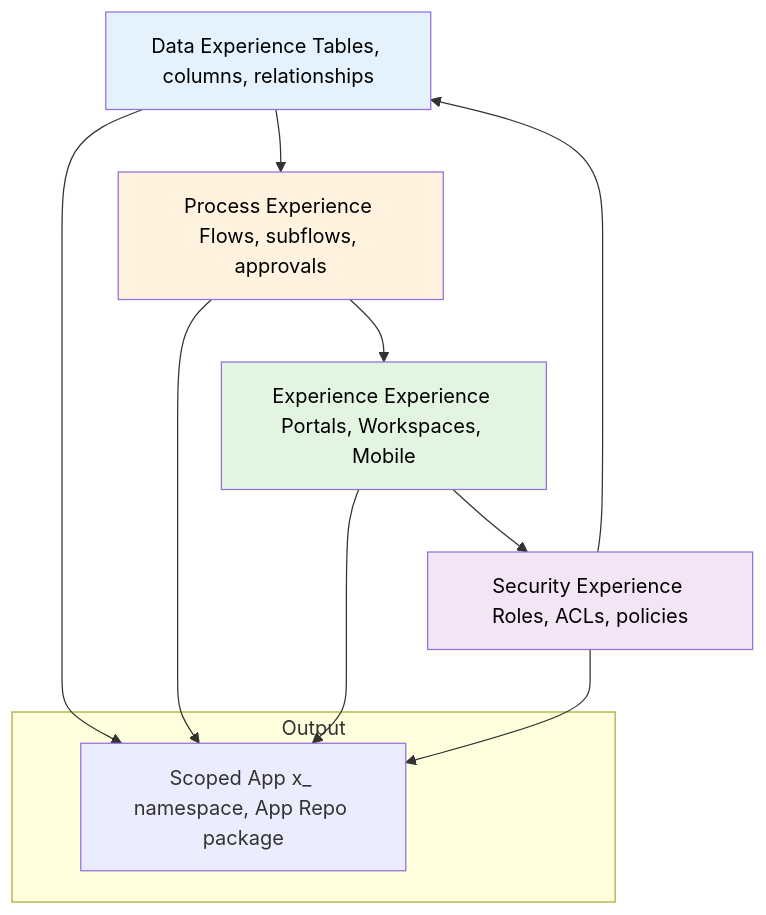
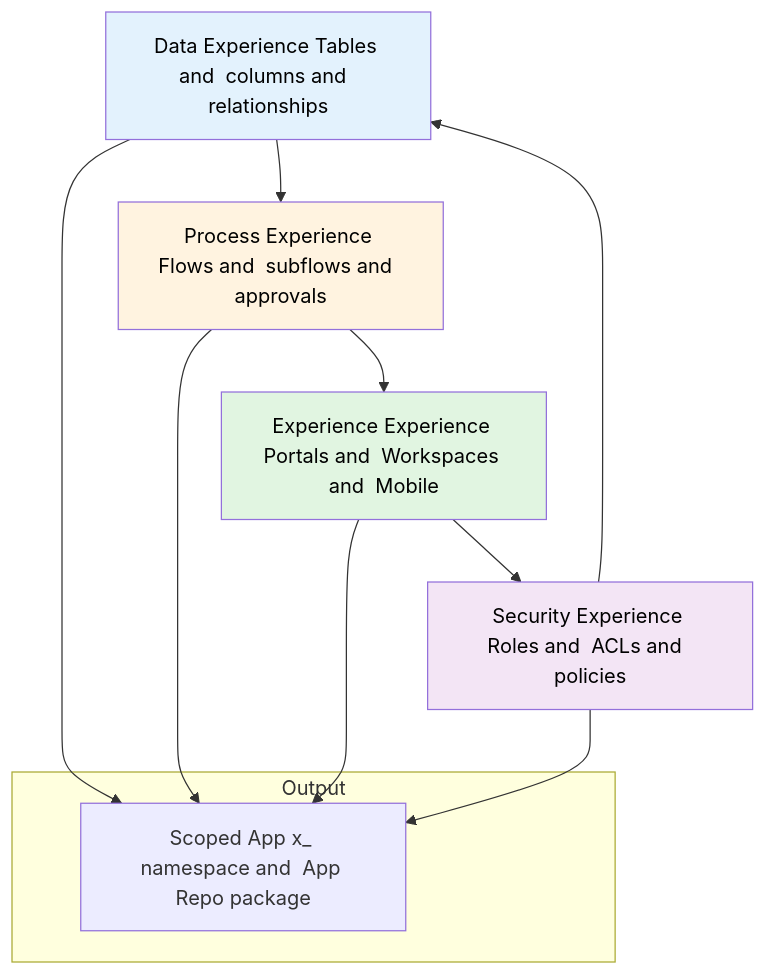
Before and after one commit to eltonaguiar/ServiceNow_Learning_TSOM-_CSM_FSM_SalesCRM_HAM_ITSM: the first of 5 diagrams in docs/modules/app-engine/app-engine-guide.md, drawn with Mermaid. The commit also changed other lines of this file and 19 other files, not shown here.

Commit message:
Fix all Mermaid diagram special characters - replace dollar, parens, slashes, quotes, pipes, nested brackets and other unsafe chars inside brackets with safe alternatives across 19 files

````diff
--- a/docs/modules/app-engine/app-engine-guide.md
+++ b/docs/modules/app-engine/app-engine-guide.md
@@ -217,21 +217,21 @@
 ```mermaid
 graph TD
-    D[Data Experience Tables, columns, relationships] --> P[Process Experience Flows, subflows, approvals]
-    P --> E[Experience Experience Portals, Workspaces, Mobile]
-    E --> S[Security Experience Roles, ACLs, policies]
+    D[Data Experience Tables and  columns and  relationships] --> P[Process Experience Flows and  subflows and  approvals]
+    P --> E[Experience Experience Portals and  Workspaces and  Mobile]
+    E --> S[Security Experience Roles and  ACLs and  policies]
     S --> D
 
     subgraph Output
-        O[Scoped App x_ namespace, App Repo package]
+        O[Scoped App x_ namespace and  App Repo package]
     end
 
     D --> O
     P --> O
     E --> O
     S --> O
 
     style D fill:#e3f2fd,color:#000
     style P fill:#fff3e0,color:#000
     style E fill:#e1f5e1,color:#000
     style S fill:#f3e5f5,color:#000
 ```
````
